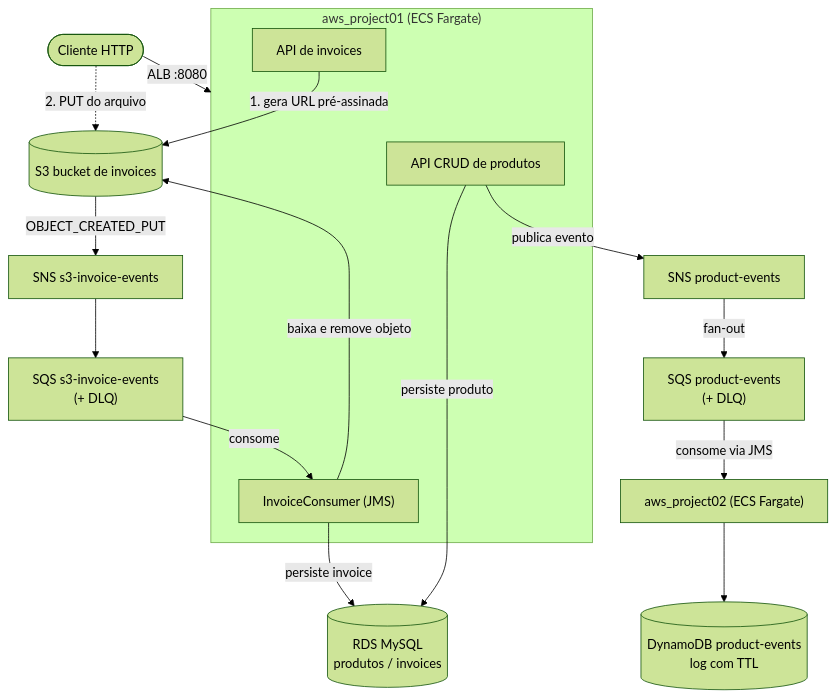
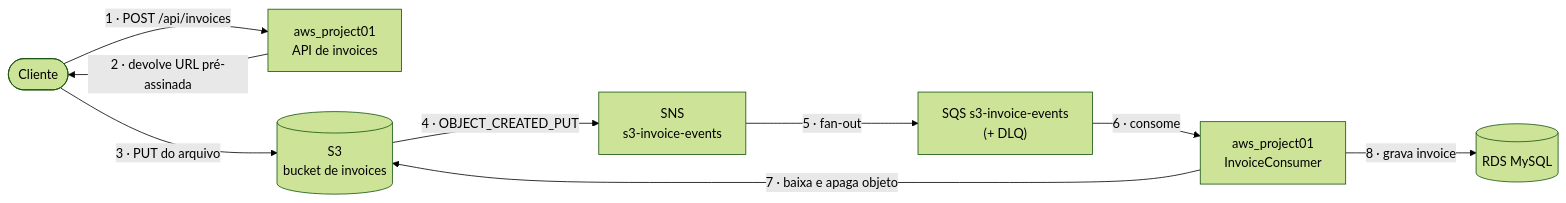
One commit to gh-artur/aws-ecs-fargate-java changed the second of 2 diagrams in README.md. Above: the diagram before and after it, drawn with Mermaid (forest theme). The commit also changed other lines of this file, not shown here.

Commit message:
Separa a arquitetura em dois diagramas Mermaid por fluxo
Substitui o diagrama unico (que misturava os dois fluxos) por um
diagrama linear e numerado para cada fluxo, ao lado da sua explicacao,
para facilitar a leitura.

````diff
--- a/README.md
+++ b/README.md
@@ -16,29 +37,11 @@
 ```mermaid
-flowchart TB
-    client(["Cliente HTTP"])
-    client -->|"ALB :8080"| svc01
-
-    subgraph svc01 ["aws_project01 (ECS Fargate)"]
-        products["API CRUD de produtos"]
-        invoiceApi["API de invoices"]
-        invoiceConsumer["InvoiceConsumer (JMS)"]
-    end
-
-    rds[("RDS MySQL<br/>produtos / invoices")]
-
-    %% Fluxo de produtos
-    products -->|publica evento| snsProd["SNS product-events"]
-    snsProd -->|fan-out| sqsProd["SQS product-events<br/>(+ DLQ)"]
-    sqsProd -->|consome via JMS| svc02["aws_project02 (ECS Fargate)"]
-    svc02 --> ddb[("DynamoDB product-events<br/>log com TTL")]
-
-    %% Fluxo de invoices
-    invoiceApi -->|1. gera URL pré-assinada| s3[("S3 bucket de invoices")]
-    client -.->|2. PUT do arquivo| s3
-    s3 -->|OBJECT_CREATED_PUT| snsInv["SNS s3-invoice-events"]
-    snsInv --> sqsInv["SQS s3-invoice-events<br/>(+ DLQ)"]
-    sqsInv -->|consome| invoiceConsumer
-    invoiceConsumer -->|baixa e remove objeto| s3
-    invoiceConsumer -->|persiste invoice| rds
-    products -->|persiste produto| rds
+flowchart LR
+    client(["Cliente"]) -->|"1 · POST /api/invoices"| api["aws_project01<br/>API de invoices"]
+    api -->|"2 · devolve URL pré-assinada"| client
+    client -->|"3 · PUT do arquivo"| s3[("S3<br/>bucket de invoices")]
+    s3 -->|"4 · OBJECT_CREATED_PUT"| sns["SNS<br/>s3-invoice-events"]
+    sns -->|"5 · fan-out"| sqs["SQS s3-invoice-events<br/>(+ DLQ)"]
+    sqs -->|"6 · consome"| consumer["aws_project01<br/>InvoiceConsumer"]
+    consumer -->|"7 · baixa e apaga objeto"| s3
+    consumer -->|"8 · grava invoice"| rds[("RDS MySQL")]
 ```
````
